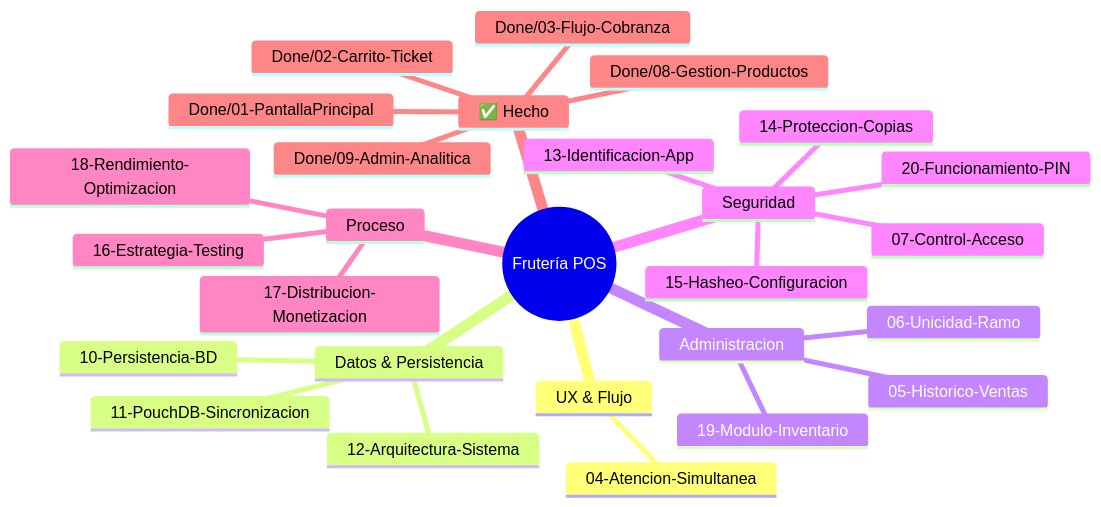
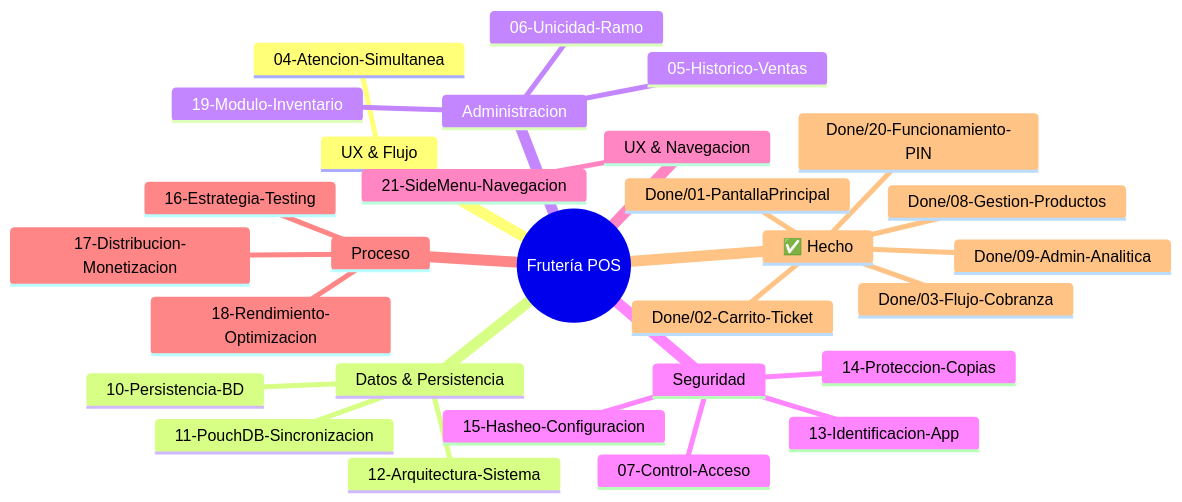
The first of 2 diagrams in BrainStorm/Main.md (mmhgarcia/fruteria), drawn with Mermaid before and after one commit. The commit also changed other lines of this file and 2 other files, not shown here.

Commit message:
docs: PIN (20) archivado en Done; nuevo tema abierto 21 para navegación del SideMenu

````diff
--- a/BrainStorm/Main.md
+++ b/BrainStorm/Main.md
@@ -10,30 +10,32 @@
 ```mermaid
 mindmap
   root((Frutería POS))
     UX & Flujo
       04-Atencion-Simultanea
     Datos & Persistencia
       10-Persistencia-BD
       11-PouchDB-Sincronizacion
       12-Arquitectura-Sistema
     Administracion
       05-Historico-Ventas
       06-Unicidad-Ramo
       19-Modulo-Inventario
     Seguridad
       07-Control-Acceso
       13-Identificacion-App
       14-Proteccion-Copias
       15-Hasheo-Configuracion
-      20-Funcionamiento-PIN
+    UX & Navegacion
+      21-SideMenu-Navegacion
     Proceso
       16-Estrategia-Testing
       17-Distribucion-Monetizacion
       18-Rendimiento-Optimizacion
     ✅ Hecho
       Done/01-PantallaPrincipal
       Done/02-Carrito-Ticket
       Done/03-Flujo-Cobranza
       Done/08-Gestion-Productos
       Done/09-Admin-Analitica
+      Done/20-Funcionamiento-PIN
 ```
````
